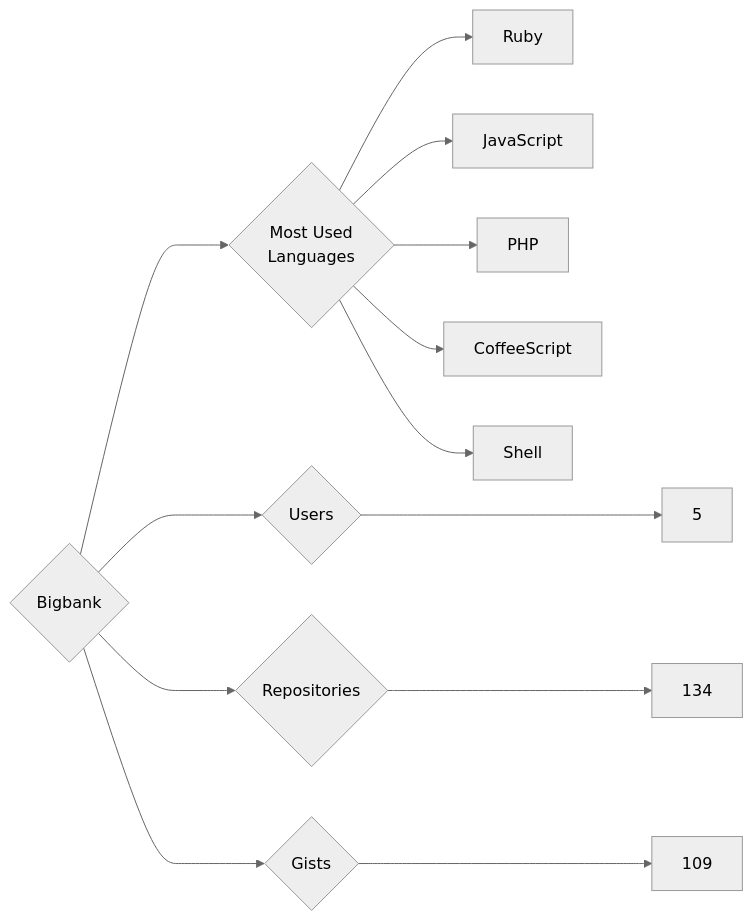
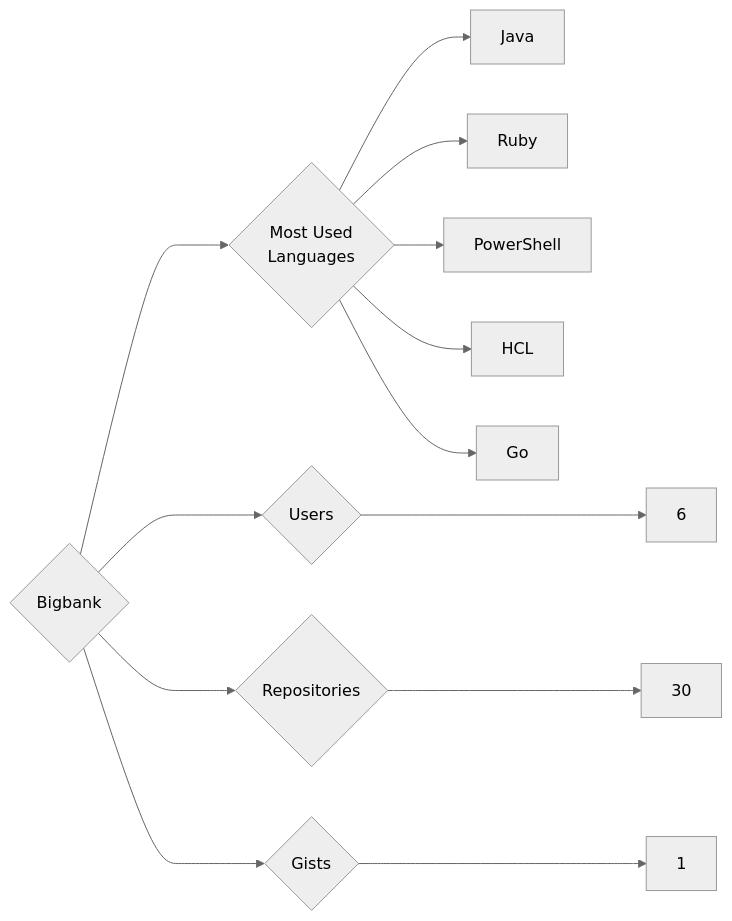
One commit to trickest/insiders changed the diagram in targets/Bigbank/README.md. Above: the diagram before and after it, drawn with Mermaid (neutral theme). The commit also changed 888 other files, not shown here.

````diff
--- a/targets/Bigbank/README.md
+++ b/targets/Bigbank/README.md
@@ -3,13 +3,13 @@
 ```mermaid
 graph LR
 COMPANY_NAME{Bigbank}
-COMPANY_NAME ---> U{Users} ---> UN[5]
-COMPANY_NAME ---> R{Repositories} ---> RN[134]
-COMPANY_NAME ---> G{Gists} ---> GN[109]
+COMPANY_NAME ---> U{Users} ---> UN[6]
+COMPANY_NAME ---> R{Repositories} ---> RN[30]
+COMPANY_NAME ---> G{Gists} ---> GN[1]
 COMPANY_NAME ---> ML{Most Used<br>Languages}
+ML --> Java[Java]
 ML --> Ruby[Ruby]
-ML --> JavaScript[JavaScript]
-ML --> PHP[PHP]
-ML --> CoffeeScript[CoffeeScript]
-ML --> Shell[Shell]
+ML --> PowerShell[PowerShell]
+ML --> HCL[HCL]
+ML --> Go[Go]
 ```
````
